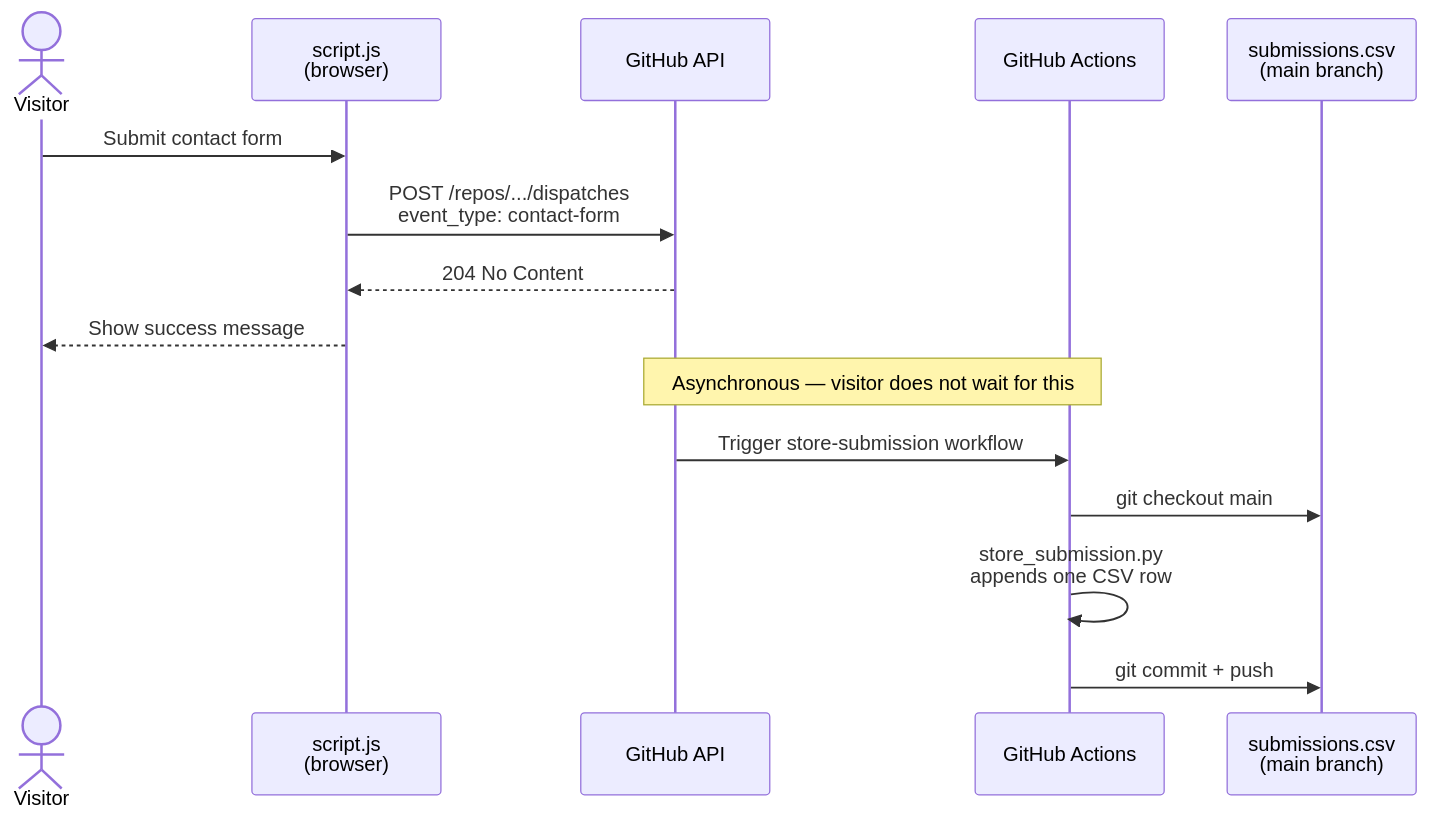
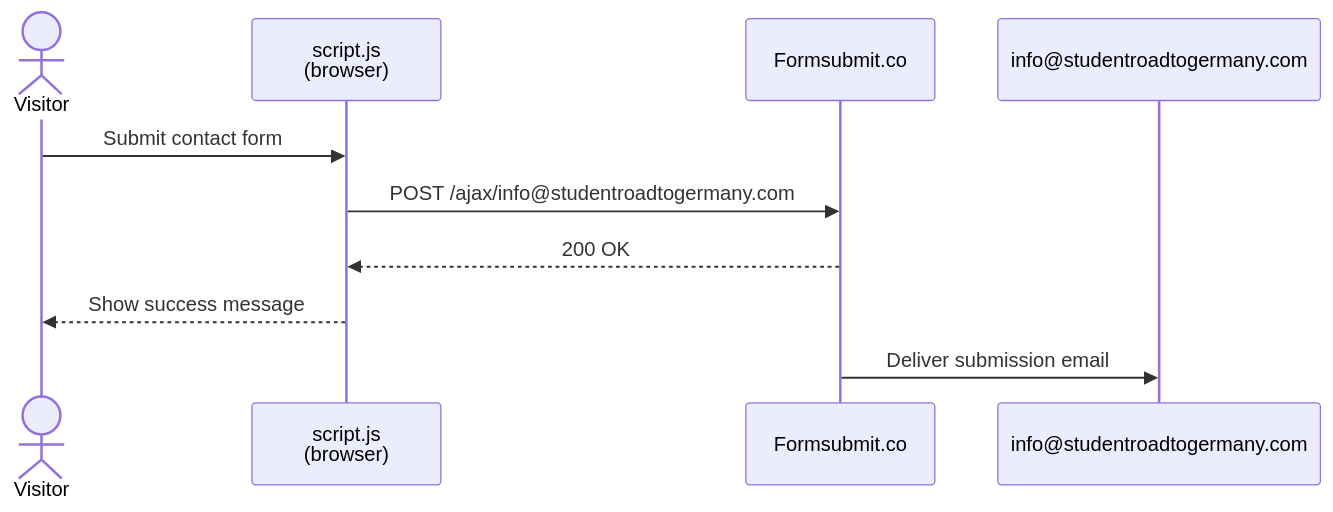
Before and after one commit to alexsnowschool-business/alexsnowschool-business.github.io: the diagram in studentroadtogermany/README.md, drawn with Mermaid. The commit also changed other lines of this file and 5 other files, not shown here.

Commit message:
feat: migrate contact form submissions to Formsubmit.co and update README

````diff
--- a/studentroadtogermany/README.md
+++ b/studentroadtogermany/README.md
@@ -21,19 +21,13 @@
 ```mermaid
 sequenceDiagram
     actor Visitor
     participant JS as script.js<br/>(browser)
-    participant API as GitHub API
-    participant Actions as GitHub Actions
-    participant Repo as submissions.csv<br/>(main branch)
+    participant FS as Formsubmit.co
+    participant Email as info@studentroadtogermany.com
 
     Visitor->>JS: Submit contact form
-    JS->>API: POST /repos/.../dispatches<br/>event_type: contact-form
-    API-->>JS: 204 No Content
+    JS->>FS: POST /ajax/info@studentroadtogermany.com
+    FS-->>JS: 200 OK
     JS-->>Visitor: Show success message
-
-    Note over API,Actions: Asynchronous — visitor does not wait for this
-    API->>Actions: Trigger store-submission workflow
-    Actions->>Repo: git checkout main
-    Actions->>Actions: store_submission.py<br/>appends one CSV row
-    Actions->>Repo: git commit + push
+    FS->>Email: Deliver submission email
 ```
````
